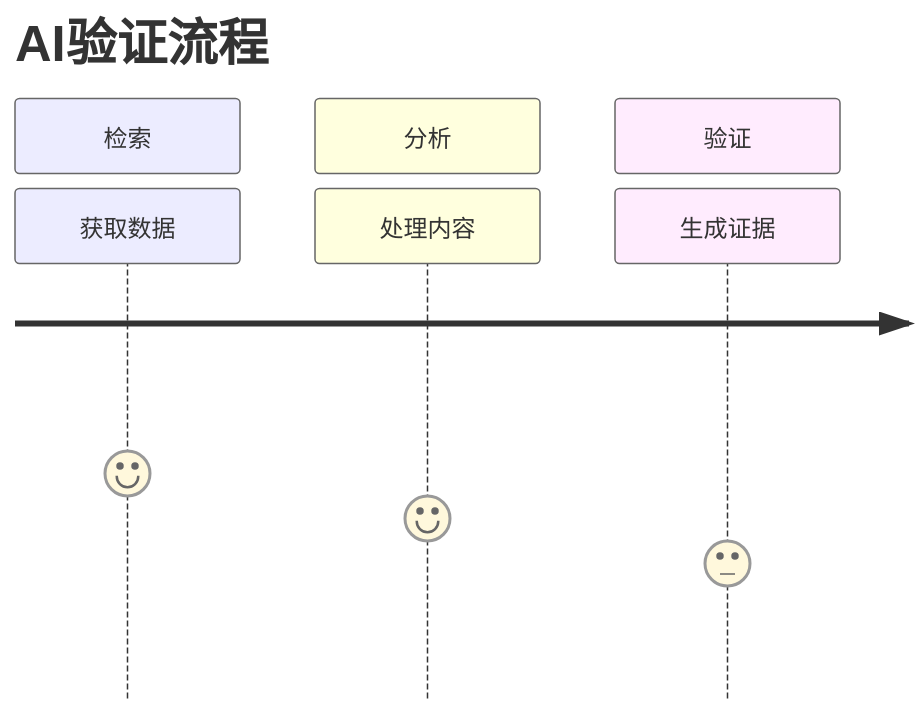
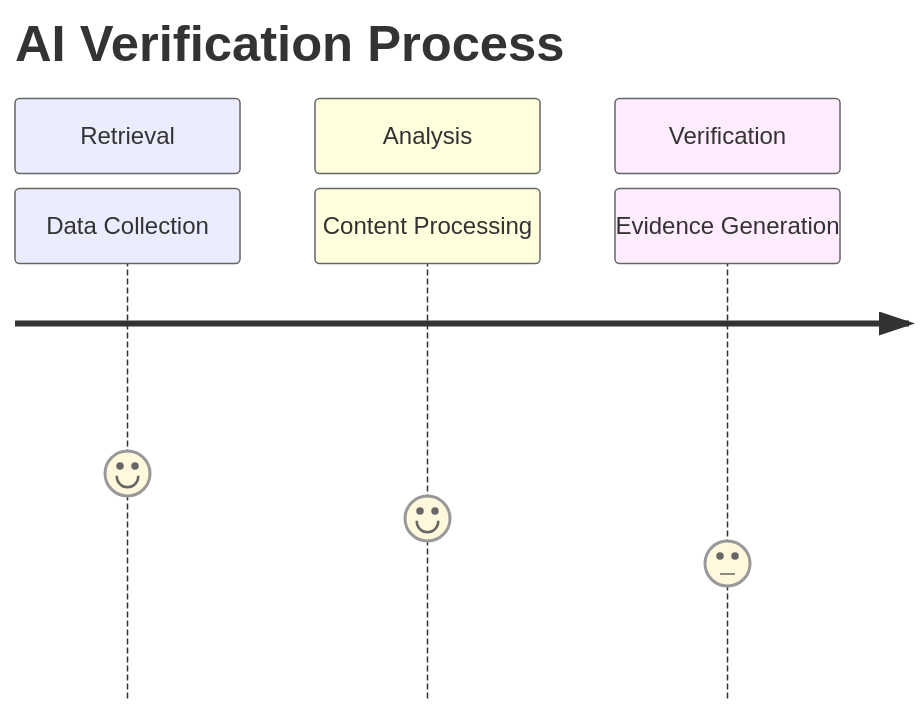
Before and after one commit to truthvalidator/TruthValidatorAgent: the eighth of 11 diagrams in docs/lightpaper.md, drawn with Mermaid. The commit also changed other lines of this file and 1 other file, not shown here.

````diff
--- a/docs/lightpaper.md
+++ b/docs/lightpaper.md
@@ -127,10 +127,10 @@
 ```mermaid
 journey
-    title AI验证流程
-    section 检索
-      获取数据: 5
-    section 分析
-      处理内容: 4
-    section 验证
-      生成证据: 3
+    title AI Verification Process
+    section Retrieval
+      Data Collection: 5
+    section Analysis
+      Content Processing: 4
+    section Verification
+      Evidence Generation: 3
 ```
````
